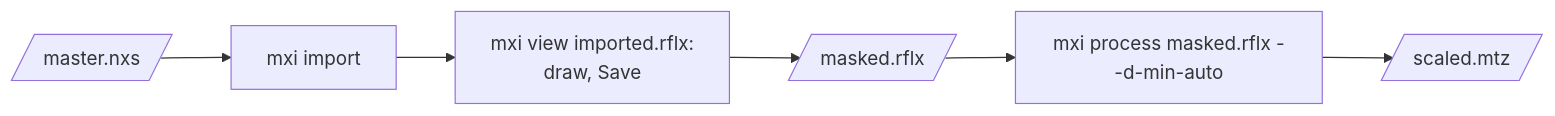
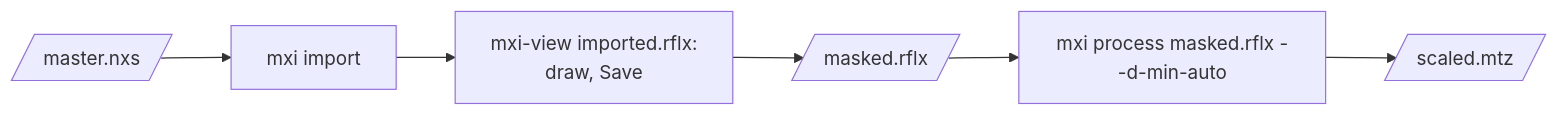
One commit to APS-24ID/mxi changed the fifth of 6 diagrams in docs/process.md. Above: the diagram before and after it, drawn with Mermaid. The commit also changed other lines of this file and 26 other files, not shown here.

First line of the commit message:
mxi-ui and mxi-view: the interface's commands of their own; mxi starts no other program

````diff
--- a/docs/process.md
+++ b/docs/process.md
@@ -148,6 +148,6 @@
 ```mermaid
 flowchart LR
-    a[/"master.nxs"/] --> i["mxi import"] --> v["mxi view imported.rflx:<br/>draw, Save"]
+    a[/"master.nxs"/] --> i["mxi import"] --> v["mxi-view imported.rflx:<br/>draw, Save"]
     v --> masked[/"masked.rflx"/] --> p["mxi process masked.rflx --d-min-auto"]
     p --> m[/"scaled.mtz"/]
 ```
````
